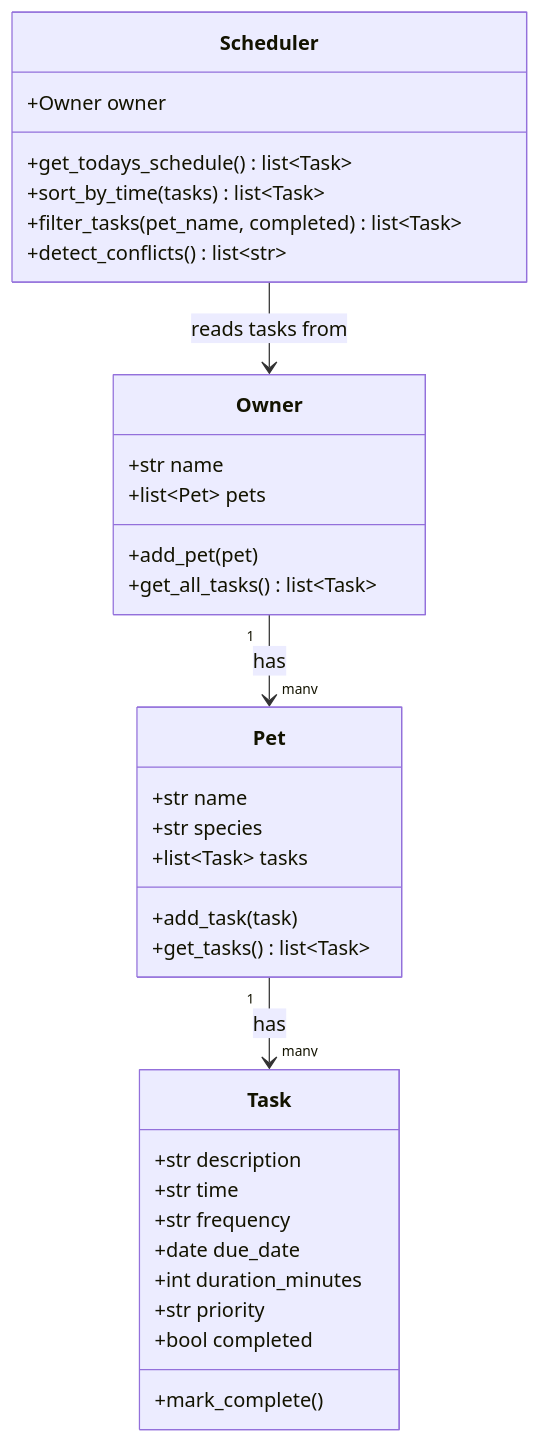
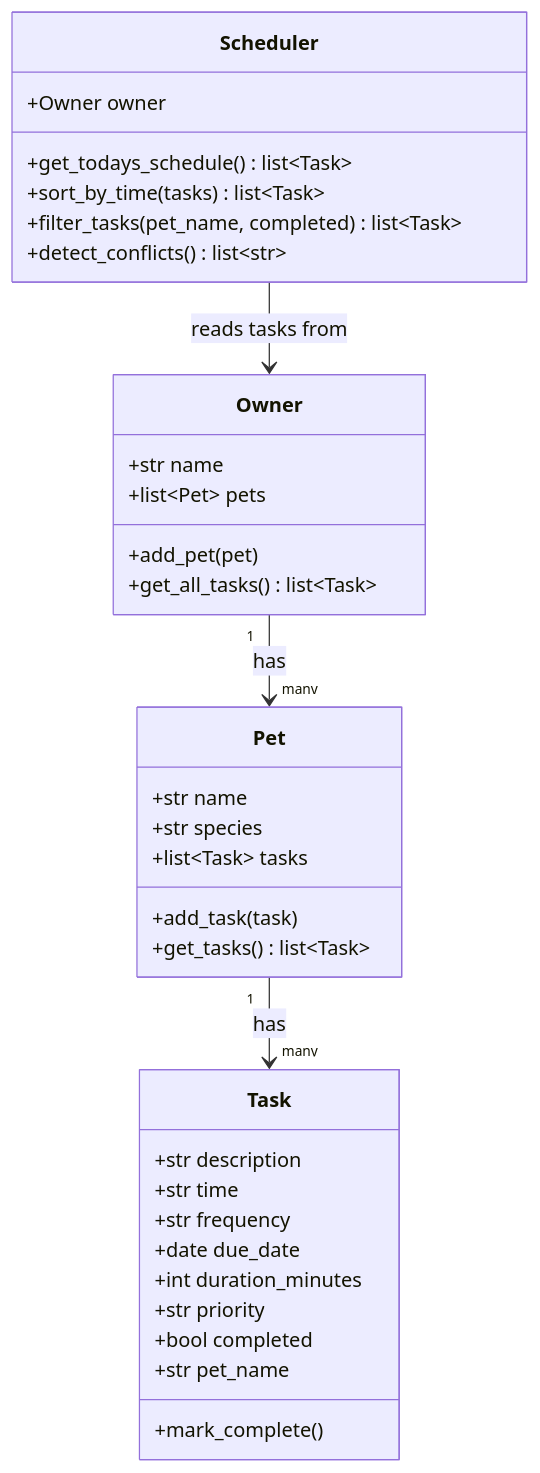
The diagram in diagrams/uml_draft.mmd (Cameron-Batts/ai110-module2show-pawpal-starter), drawn with Mermaid before and after one commit.

Commit message:
refactor: add pet_name to Task so tasks know their pet

```diff
--- a/diagrams/uml_draft.mmd
+++ b/diagrams/uml_draft.mmd
@@ -1,38 +1,39 @@
 classDiagram
     class Task {
         +str description
         +str time
         +str frequency
         +date due_date
         +int duration_minutes
         +str priority
         +bool completed
+        +str pet_name
         +mark_complete()
     }
 
     class Pet {
         +str name
         +str species
         +list~Task~ tasks
         +add_task(task)
         +get_tasks() list~Task~
     }
 
     class Owner {
         +str name
         +list~Pet~ pets
         +add_pet(pet)
         +get_all_tasks() list~Task~
     }
 
     class Scheduler {
         +Owner owner
         +get_todays_schedule() list~Task~
         +sort_by_time(tasks) list~Task~
         +filter_tasks(pet_name, completed) list~Task~
         +detect_conflicts() list~str~
     }
 
     Owner "1" --> "many" Pet : has
     Pet "1" --> "many" Task : has
     Scheduler --> Owner : reads tasks from
```
